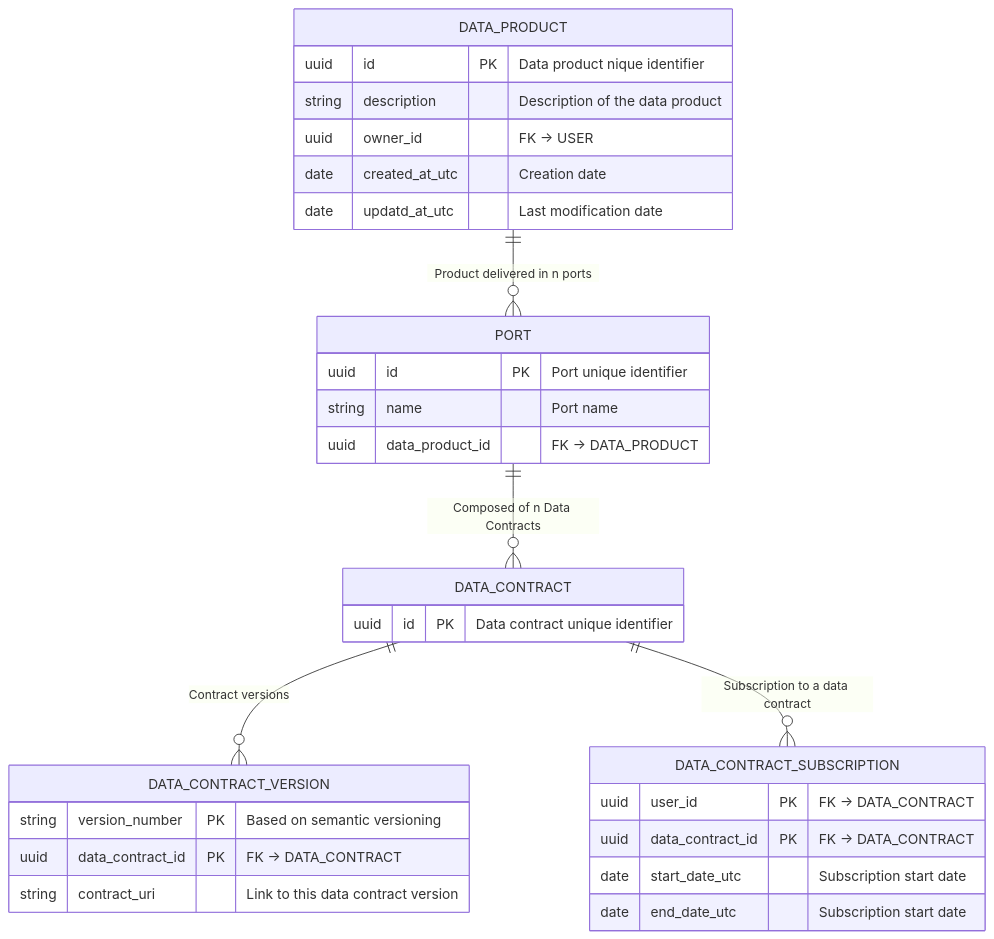
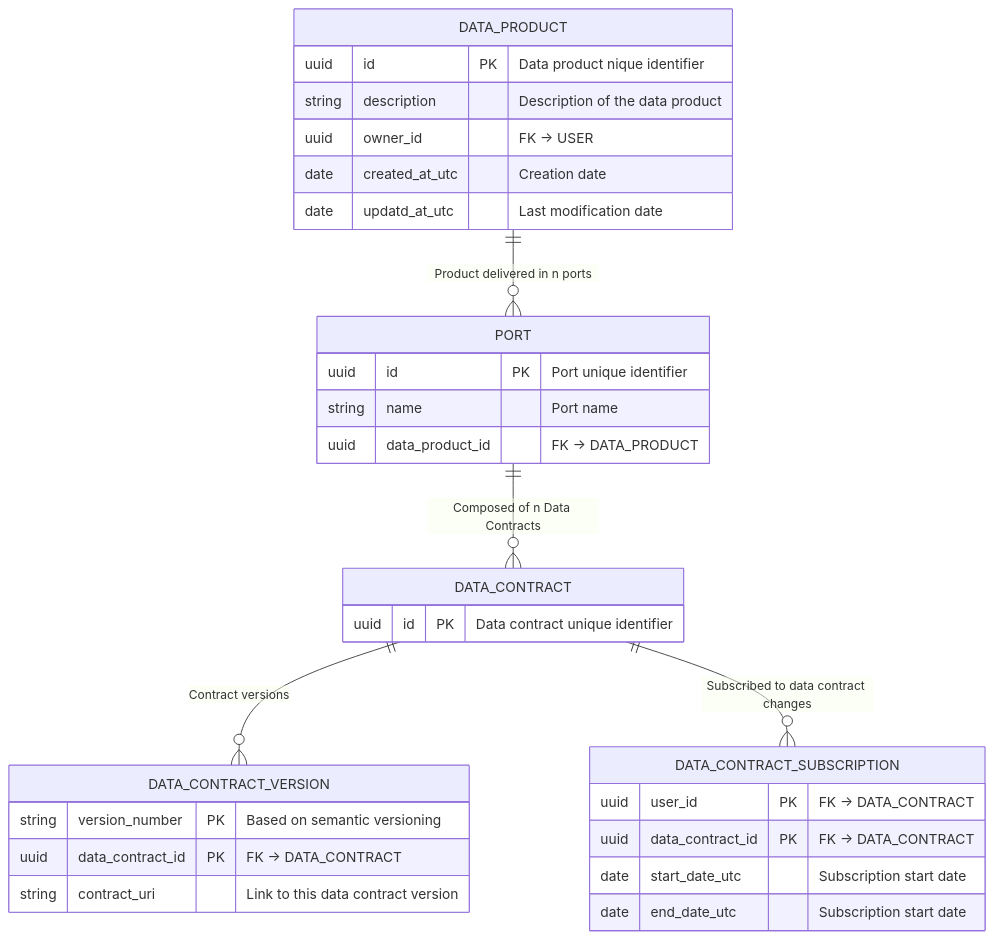
The diagram in docs/relational_model.md (monmaya/base-impl), drawn with Mermaid before and after one commit.

````diff
--- a/docs/relational_model.md
+++ b/docs/relational_model.md
@@ -5,43 +5,43 @@
 ```mermaid
 
 erDiagram
 
     DATA_PRODUCT {
         uuid id PK "Data product nique identifier"
         string description "Description of the data product"
         uuid owner_id "FK -> USER"
         date created_at_utc "Creation date"
         date updatd_at_utc "Last modification date"
     }
 
     PORT {
         uuid id PK "Port unique identifier"
         string name "Port name"
         uuid data_product_id "FK -> DATA_PRODUCT"
     }
 
     DATA_CONTRACT {
         uuid id PK "Data contract unique identifier"
     }
 
     DATA_CONTRACT_VERSION {
         string version_number PK "Based on semantic versioning"
         uuid data_contract_id PK "FK -> DATA_CONTRACT"
         string contract_uri "Link to this data contract version"
     }
 
     
     DATA_CONTRACT_SUBSCRIPTION {
         uuid user_id PK "FK -> DATA_CONTRACT"
         uuid data_contract_id PK "FK -> DATA_CONTRACT"
         date start_date_utc "Subscription start date"
         date end_date_utc "Subscription start date"
     }
 
     DATA_PRODUCT ||--o{ PORT : "Product delivered in n ports"
     PORT ||--o{ DATA_CONTRACT : "Composed of n Data Contracts"
     DATA_CONTRACT ||--o{ DATA_CONTRACT_VERSION : "Contract versions"
-    DATA_CONTRACT ||--o{ DATA_CONTRACT_SUBSCRIPTION : "Subscription to a data contract"
+    DATA_CONTRACT ||--o{ DATA_CONTRACT_SUBSCRIPTION : "Subscribed to data contract changes"
 
 
   ```
````
